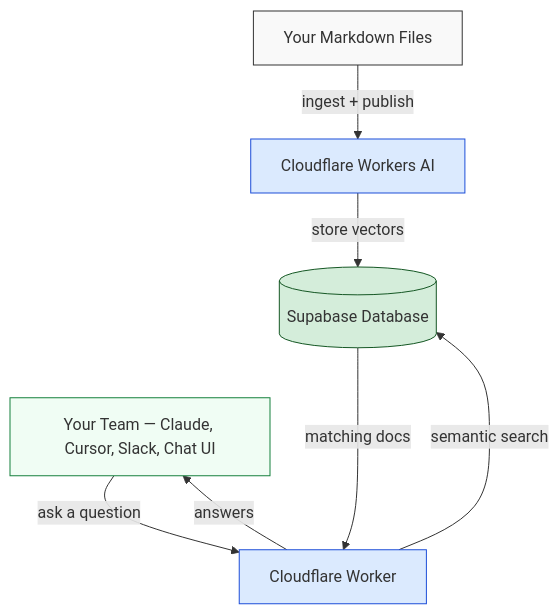
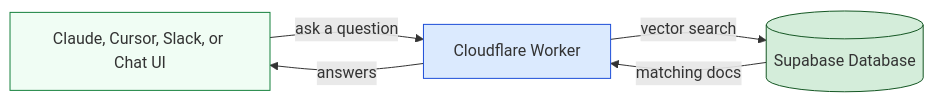
Before and after one commit to southleft/company-docs-mcp: the second of 2 diagrams in README.md, drawn with Mermaid. The commit also changed other lines of this file, not shown here.

Commit message:
docs: Split diagram into two clear flows (publishing + querying)

````diff
--- a/README.md
+++ b/README.md
@@ -35,18 +48,9 @@
 ```mermaid
-flowchart TD
-    A["Your Markdown Files"] -->|"ingest + publish"| B["Cloudflare Workers AI"]
-    B -->|"store vectors"| C[("Supabase Database")]
+flowchart LR
+    D["Claude, Cursor, Slack, or Chat UI"] -->|"ask a question"| E["Cloudflare Worker"] -->|"vector search"| F[("Supabase Database")]
+    F -->|"matching docs"| E -->|"answers"| D
 
-    C ~~~ D
-
-    D["Your Team — Claude, Cursor, Slack, Chat UI"] -->|"ask a question"| E["Cloudflare Worker"]
-    E -->|"semantic search"| C
-    C -->|"matching docs"| E
-    E -->|"answers"| D
-
-    style A fill:#f9f9f9,stroke:#333,color:#333
-    style B fill:#dbeafe,stroke:#1d4ed8,color:#333
-    style C fill:#d4edda,stroke:#155724,color:#333
     style D fill:#f0fdf4,stroke:#15803d,color:#333
     style E fill:#dbeafe,stroke:#1d4ed8,color:#333
+    style F fill:#d4edda,stroke:#155724,color:#333
 ```
````
